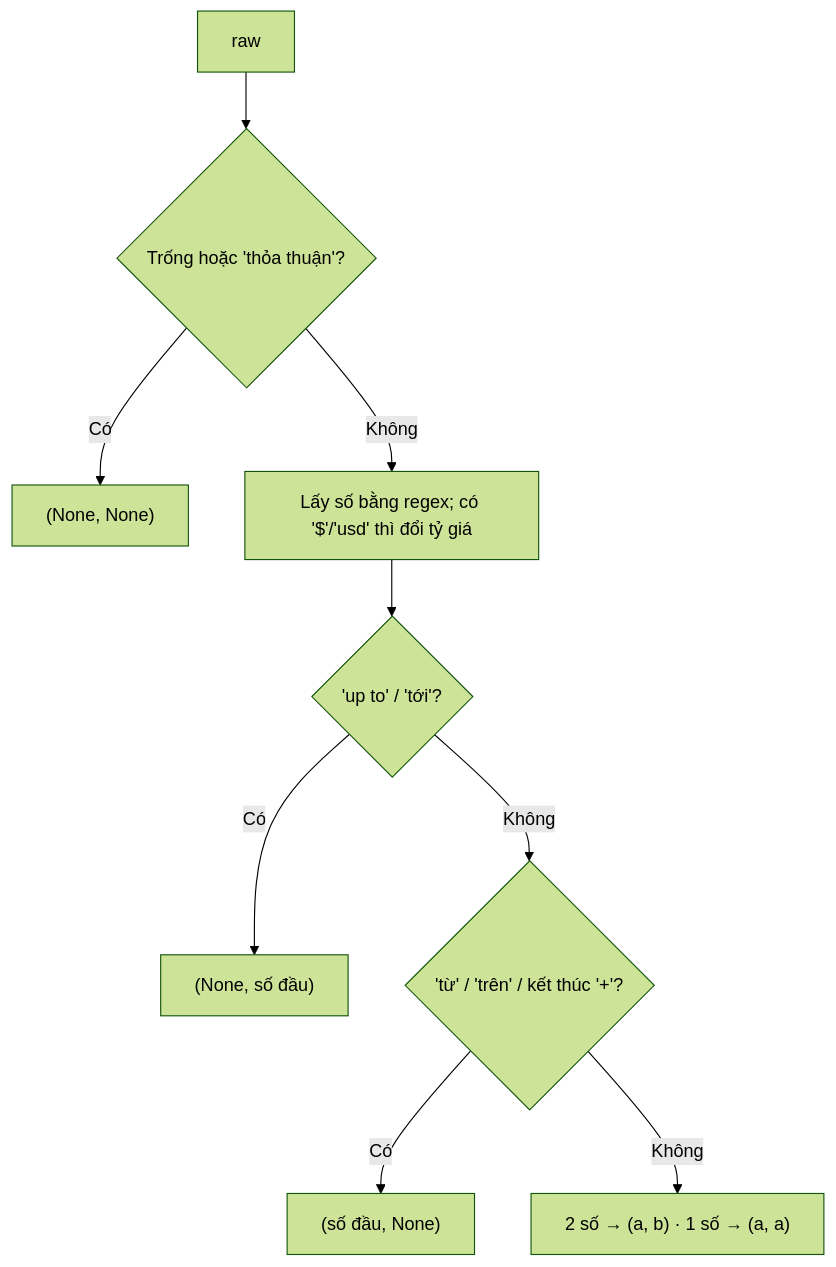
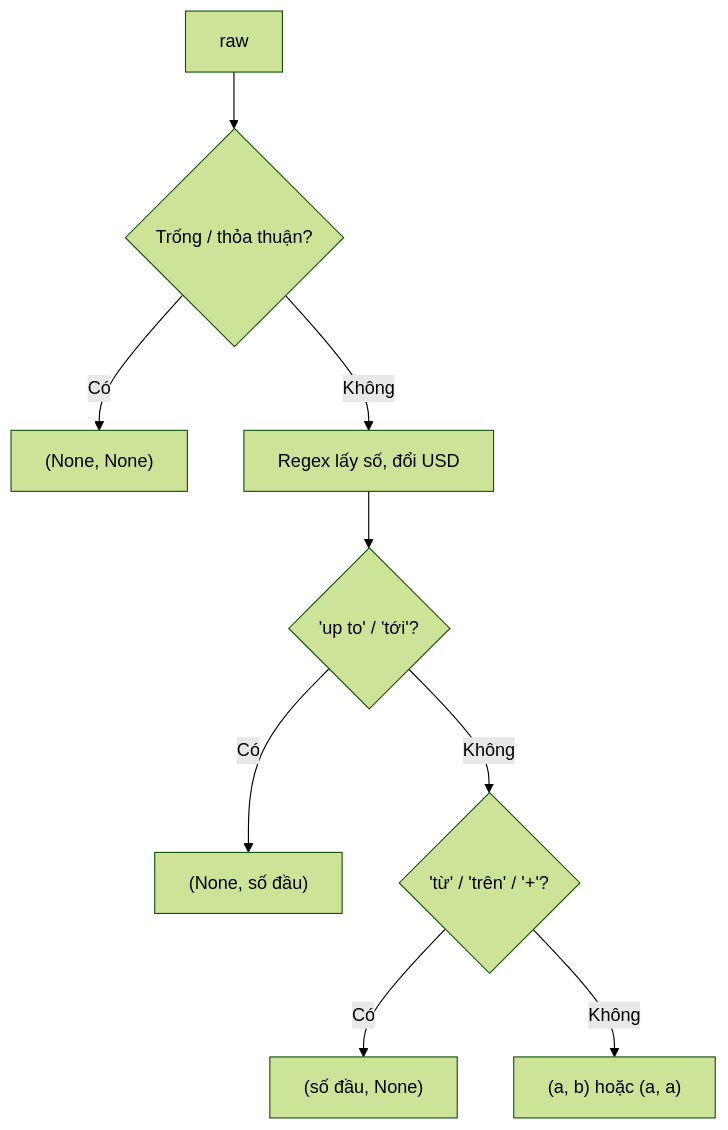
Before and after one commit to ht-nah98/ai-academy: the fourth of 4 diagrams in academy/curriculum/L07-du-lieu-ban-pandas/lesson.md, drawn with Mermaid (forest theme). The commit also changed other lines of this file and 54 other files, not shown here.

````diff
--- a/academy/curriculum/L07-du-lieu-ban-pandas/lesson.md
+++ b/academy/curriculum/L07-du-lieu-ban-pandas/lesson.md
@@ -207,11 +209,11 @@
 ```mermaid
 flowchart TD
-    A["raw"] --> B{"Trống hoặc 'thỏa thuận'?"}
+    A["raw"] --> B{"Trống / thỏa thuận?"}
     B -- "Có" --> N["(None, None)"]
-    B -- "Không" --> C["Lấy số bằng regex; có '$'/'usd' thì đổi tỷ giá"]
+    B -- "Không" --> C["Regex lấy số, đổi USD"]
     C --> D{"'up to' / 'tới'?"}
     D -- "Có" --> U["(None, số đầu)"]
-    D -- "Không" --> E{"'từ' / 'trên' / kết thúc '+'?"}
+    D -- "Không" --> E{"'từ' / 'trên' / '+'?"}
     E -- "Có" --> T["(số đầu, None)"]
-    E -- "Không" --> F["2 số → (a, b) · 1 số → (a, a)"]
+    E -- "Không" --> F["(a, b) hoặc (a, a)"]
 ```
````
